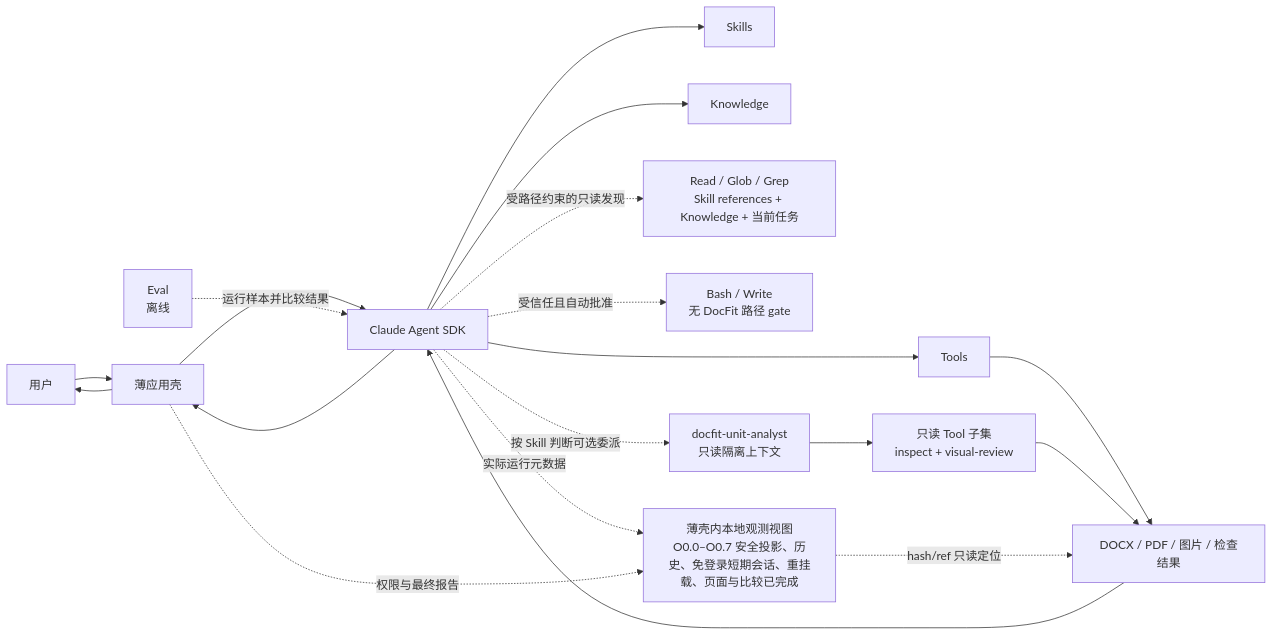
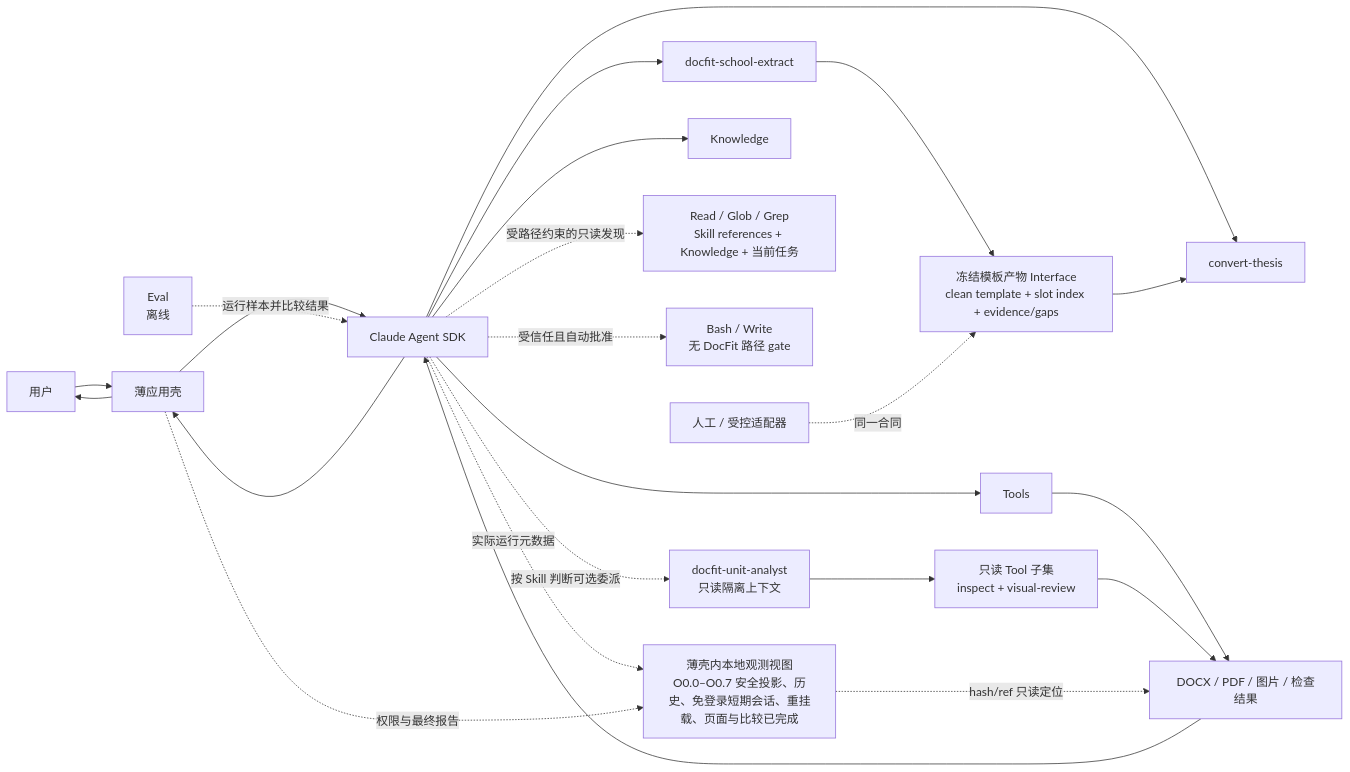
The diagram in docs/docfit-01-architecture-core.md (bamao88/0730), drawn with Mermaid before and after one commit. The commit also changed other lines of this file and 15 other files, not shown here.

Commit message:
docs: draft frozen school template skill contract

````diff
--- a/docs/docfit-01-architecture-core.md
+++ b/docs/docfit-01-architecture-core.md
@@ -92,21 +100,25 @@
 ```mermaid
 flowchart LR
     U["用户"] --> A["薄应用壳"]
     A --> SDK["Claude Agent SDK"]
-    SDK --> S["Skills"]
+    SDK --> S1["docfit-school-extract"]
+    SDK --> S2["convert-thesis"]
+    S1 --> I["冻结模板产物 Interface<br/>clean template + slot index + evidence/gaps"]
+    H["人工 / 受控适配器"] -.同一合同.-> I
+    I --> S2
     SDK --> K["Knowledge"]
     SDK --> T["Tools"]
     SDK -."受路径约束的只读发现".-> R["Read / Glob / Grep<br/>Skill references + Knowledge + 当前任务"]
     SDK -."受信任且自动批准".-> W["Bash / Write<br/>无 DocFit 路径 gate"]
     SDK -."按 Skill 判断可选委派".-> SA["docfit-unit-analyst<br/>只读隔离上下文"]
     SA --> RT["只读 Tool 子集<br/>inspect + visual-review"]
     T --> F["DOCX / PDF / 图片 / 检查结果"]
     RT --> F
     F --> SDK
     SDK --> A
     A --> U
     SDK -."实际运行元数据".-> O["薄壳内本地观测视图<br/>O0.0–O0.7 安全投影、历史、免登录短期会话、重挂载、页面与比较已完成"]
     A -."权限与最终报告".-> O
     O -."hash/ref 只读定位".-> F
     E["Eval<br/>离线"] -.运行样本并比较结果.-> SDK
 ```
````
